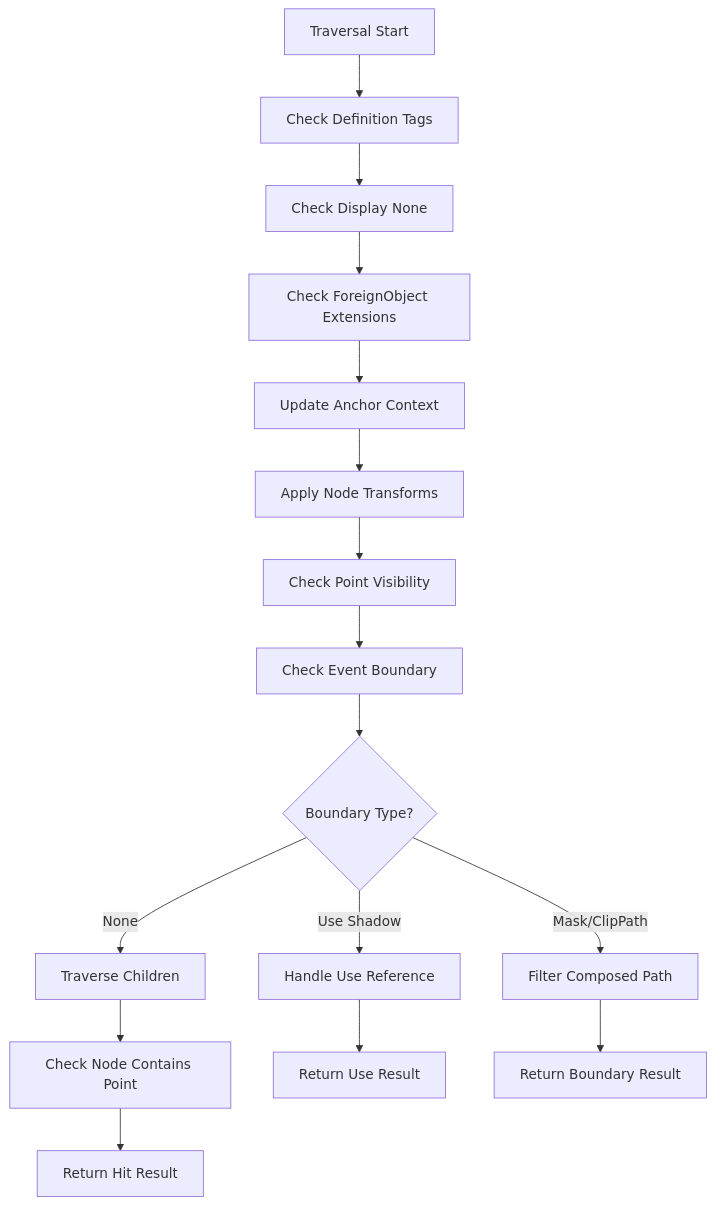
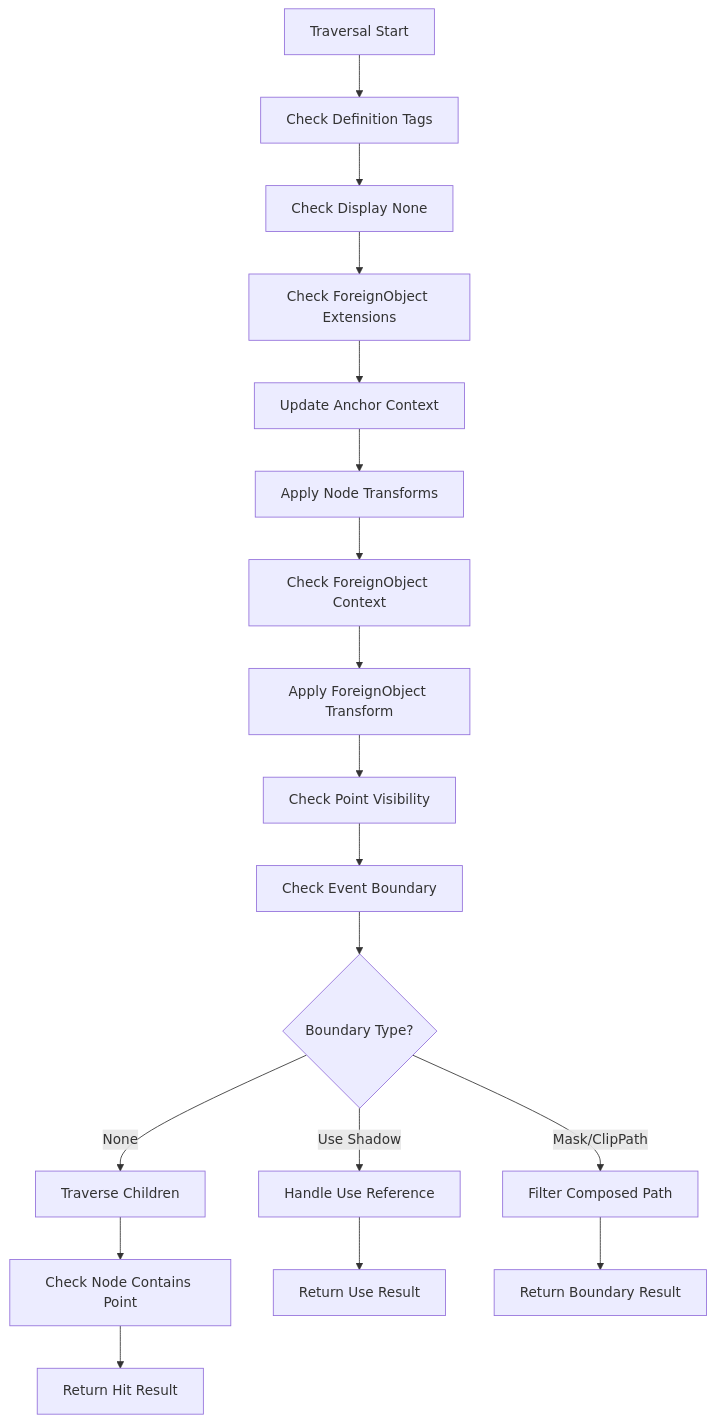
Before and after one commit to denisnadey/flutter_full_svg_support: diagram 12 of 18 in .qoder/repowiki/en/content/Animated SVG Support/Advanced Animation Features/Advanced Hit Testing Features.md, drawn with Mermaid. The commit also changed other lines of this file and 46 other files, not shown here.

First line of the commit message:
feat(advanced-animation): enhance foreign object support and smil timing precision

````diff
--- a/.qoder/repowiki/en/content/Animated SVG Support/Advanced Animation Features/Advanced Hit Testing Features.md
+++ b/.qoder/repowiki/en/content/Animated SVG Support/Advanced Animation Features/Advanced Hit Testing Features.md
@@ -525,18 +534,20 @@
 ```mermaid
 flowchart TD
 TraversalStart["Traversal Start"] --> DefinitionCheck["Check Definition Tags"]
 DefinitionCheck --> DisplayCheck["Check Display None"]
 DisplayCheck --> ForeignObjectCheck["Check ForeignObject Extensions"]
 ForeignObjectCheck --> AnchorUpdate["Update Anchor Context"]
 AnchorUpdate --> TransformApply["Apply Node Transforms"]
-TransformApply --> VisibilityCheck["Check Point Visibility"]
+TransformApply --> CheckForeignContext["Check ForeignObject Context"]
+CheckForeignContext --> ApplyForeignTransform["Apply ForeignObject Transform"]
+ApplyForeignTransform --> VisibilityCheck["Check Point Visibility"]
 VisibilityCheck --> EventBoundary["Check Event Boundary"]
 EventBoundary --> BoundaryType{"Boundary Type?"}
 BoundaryType --> |None| ChildTraversal["Traverse Children"]
 BoundaryType --> |Use Shadow| UseTraversal["Handle Use Reference"]
 BoundaryType --> |Mask/ClipPath| BoundaryFilter["Filter Composed Path"]
 ChildTraversal --> NodeContains["Check Node Contains Point"]
 UseTraversal --> UseResult["Return Use Result"]
 BoundaryFilter --> BoundaryResult["Return Boundary Result"]
 NodeContains --> HitResult["Return Hit Result"]
 ```
````
